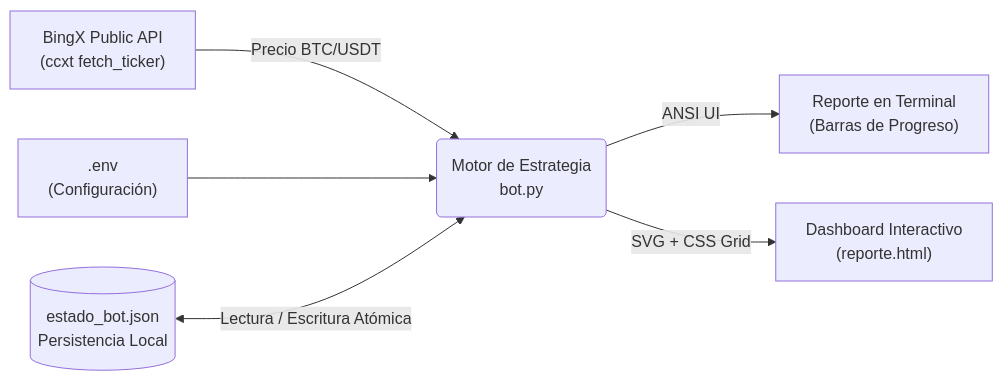
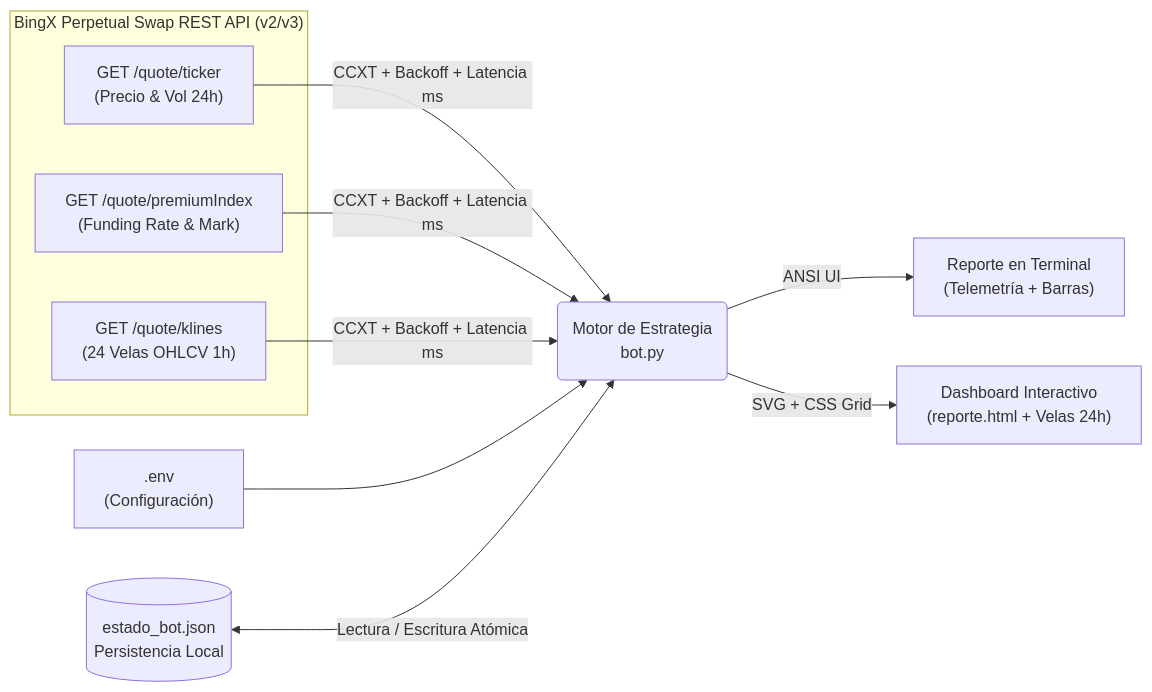
One commit to Elagua17/Bot-traiding-ms changed the diagram in README.md. Above: the diagram before and after it, drawn with Mermaid. The commit also changed other lines of this file and 3 other files, not shown here.

Commit message:
feat(api): agregar telemetría REST de BingX (Ticker 24h, Funding Rate y gráfico SVG de velas OHLCV 1h)

````diff
--- a/README.md
+++ b/README.md
@@ -28,8 +28,13 @@
 ```mermaid
 flowchart LR
-    A["BingX Public API<br/>(ccxt fetch_ticker)"] -->|Precio BTC/USDT| B("Motor de Estrategia<br/>bot.py")
+    subgraph BingX["BingX Perpetual Swap REST API (v2/v3)"]
+        A1["GET /quote/ticker<br/>(Precio & Vol 24h)"]
+        A2["GET /quote/premiumIndex<br/>(Funding Rate & Mark)"]
+        A3["GET /quote/klines<br/>(24 Velas OHLCV 1h)"]
+    end
+    A1 & A2 & A3 -->|CCXT + Backoff + Latencia ms| B("Motor de Estrategia<br/>bot.py")
     C[".env<br/>(Configuración)"] --> B
     D[("estado_bot.json<br/>Persistencia Local")] <-->|Lectura / Escritura Atómica| B
-    B -->|ANSI UI| E["Reporte en Terminal<br/>(Barras de Progreso)"]
-    B -->|SVG + CSS Grid| F["Dashboard Interactivo<br/>(reporte.html)"]
+    B -->|ANSI UI| E["Reporte en Terminal<br/>(Telemetría + Barras)"]
+    B -->|SVG + CSS Grid| F["Dashboard Interactivo<br/>(reporte.html + Velas 24h)"]
 ```
````
